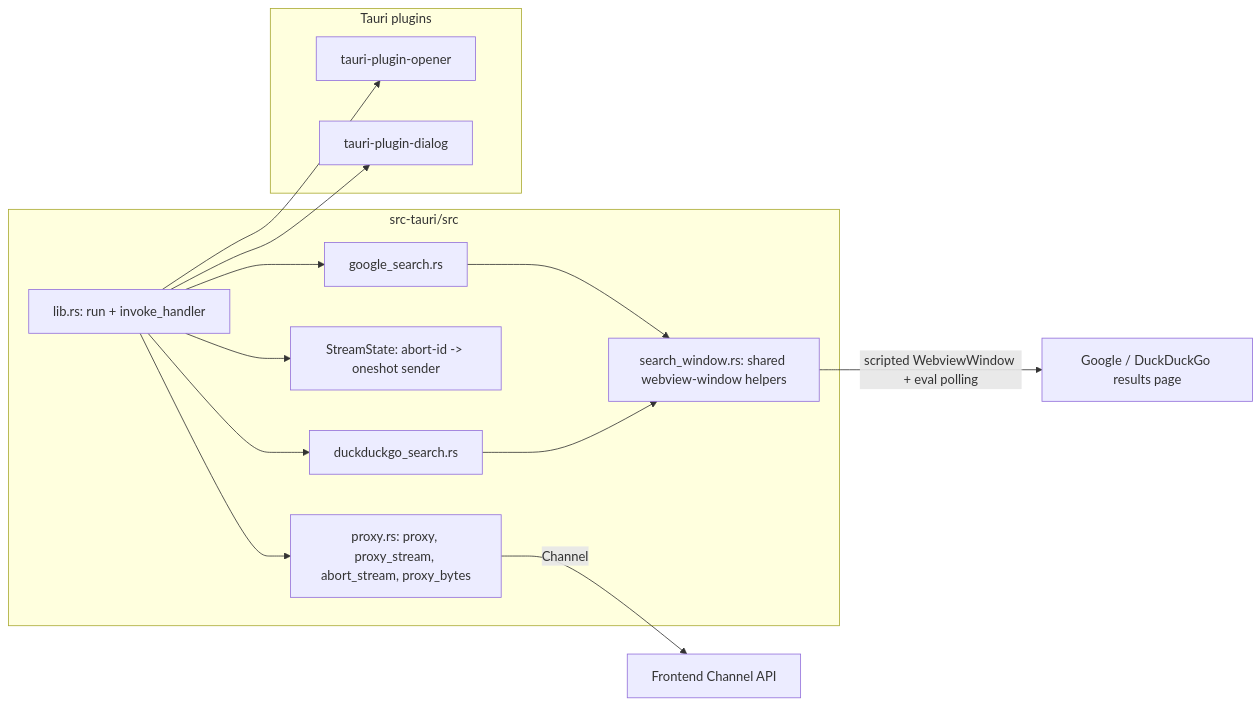
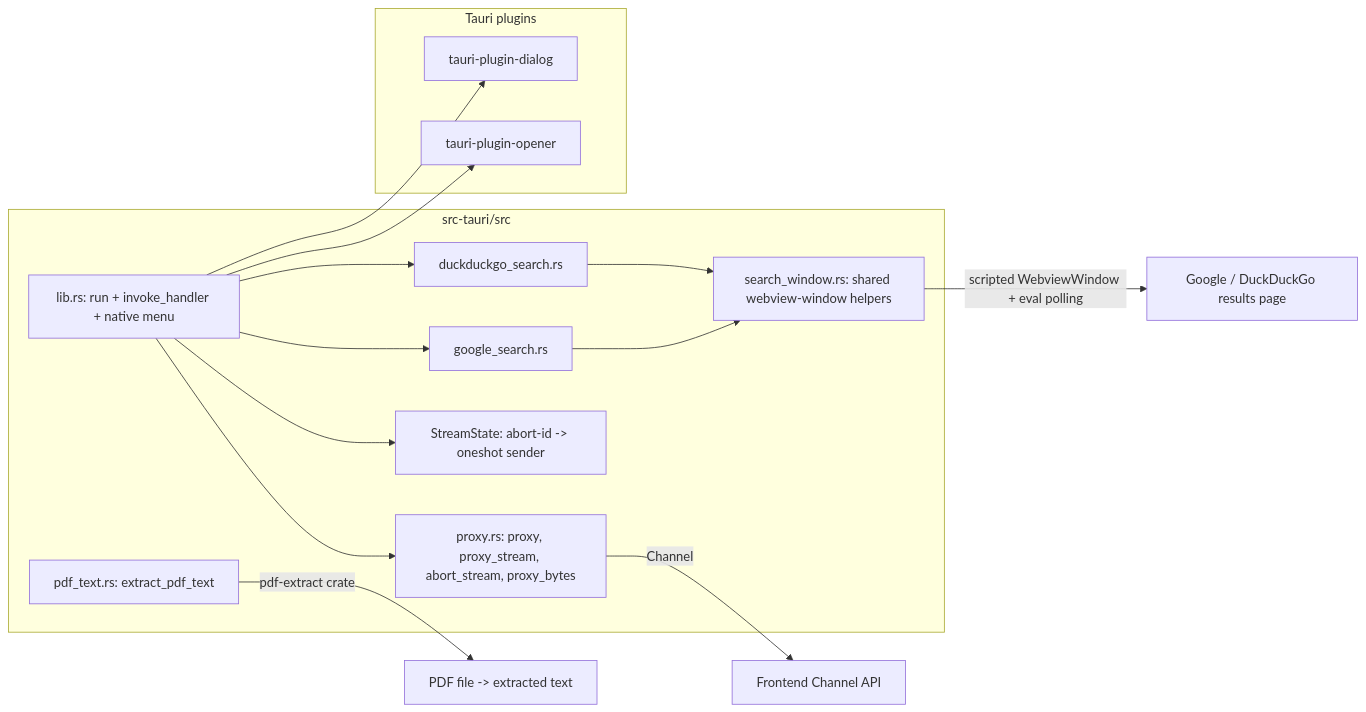
The sixth of 10 diagrams in ARCHITECTURE.md (im4aLL/personal-agent), drawn with Mermaid before and after one commit. The commit also changed other lines of this file and 6 other files, not shown here.

````diff
--- a/ARCHITECTURE.md
+++ b/ARCHITECTURE.md
@@ -222,27 +224,29 @@
 ```mermaid
 flowchart LR
     subgraph Rust["src-tauri/src"]
-        LIB[lib.rs: run + invoke_handler]
+        LIB[lib.rs: run + invoke_handler + native menu]
         PROXY[proxy.rs: proxy, proxy_stream, abort_stream, proxy_bytes]
         STATE[StreamState: abort-id -> oneshot sender]
         GS[google_search.rs]
         DDG[duckduckgo_search.rs]
         SW[search_window.rs: shared webview-window helpers]
+        PDF[pdf_text.rs: extract_pdf_text]
     end
 
     subgraph Plugins["Tauri plugins"]
         P1[tauri-plugin-opener]
         P2[tauri-plugin-dialog]
     end
 
     LIB --> PROXY
     LIB --> STATE
     LIB --> GS
     LIB --> DDG
     LIB --> P1
     LIB --> P2
     GS --> SW
     DDG --> SW
+    PDF -->|pdf-extract crate| PDFTXT[PDF file -> extracted text]
     PROXY -->|Channel<StreamChunk>| FRONT[Frontend Channel API]
     SW -->|scripted WebviewWindow + eval polling| ENGINE[Google / DuckDuckGo results page]
 ```
````
